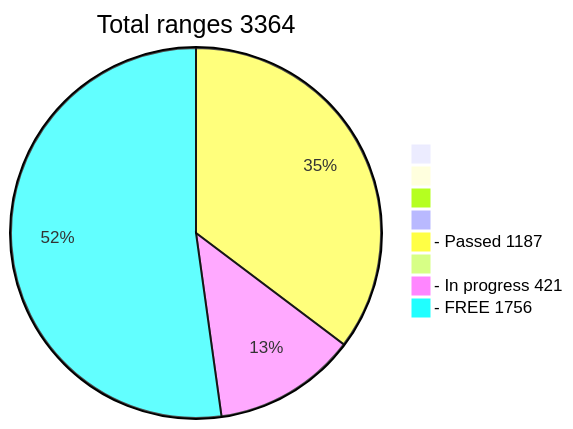
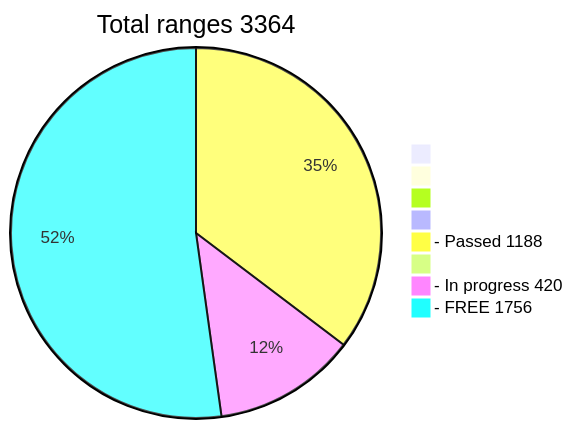
Before and after one commit to phrutis/wif500: the diagram in README.md, drawn with Mermaid.

````diff
--- a/README.md
+++ b/README.md
@@ -16,12 +16,12 @@
 ```mermaid
 pie title Total ranges 3364
              " " : 0
             "  " : 0
            "   " : 0
           "    " : 0
-  "- Passed 1187" : 1187
+  "- Passed 1188" : 1188
          "     " : 0
-  "- In progress 421" : 421
+  "- In progress 420" : 420
    "- FREE 1756" : 1756
    
 ```
````
